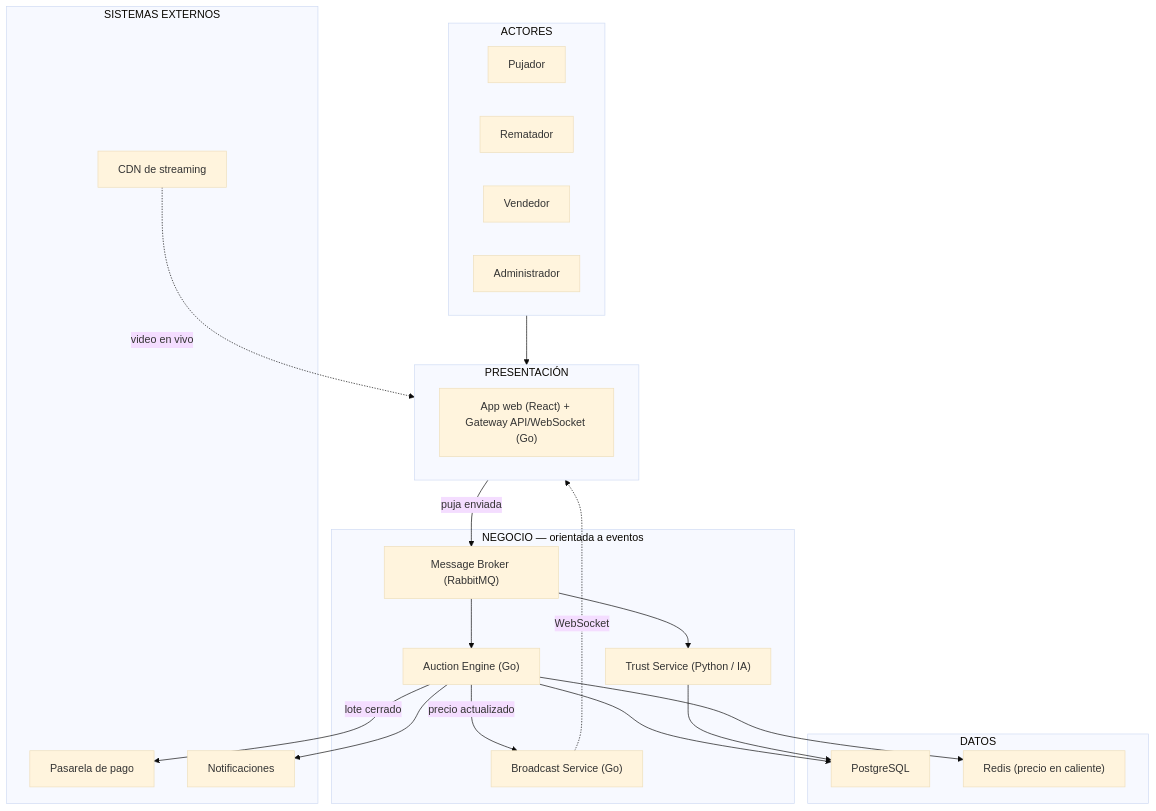
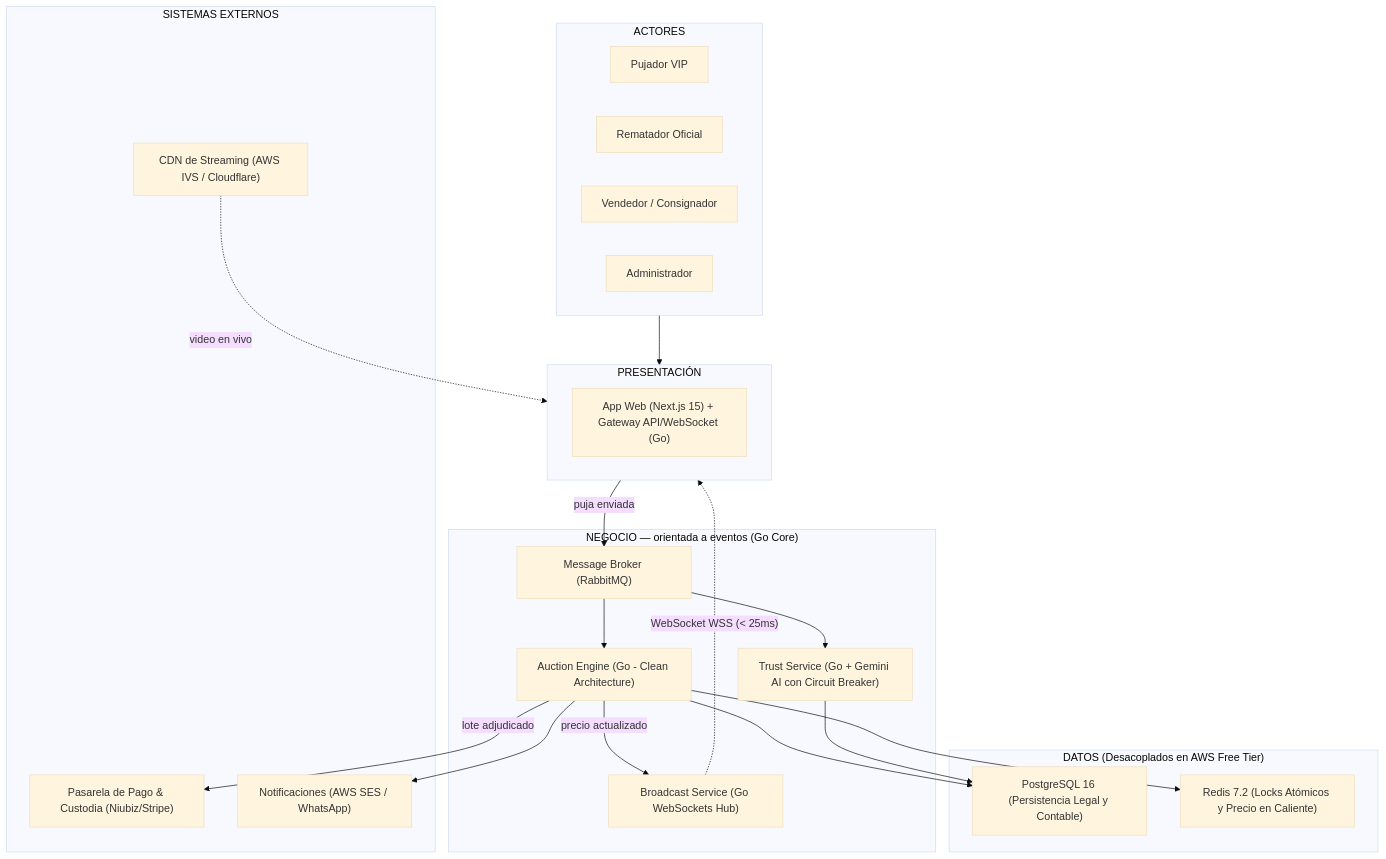
Before and after one commit to fxrl01/PlataformaSubastas-arquitSoft-02-Fernando: the diagram in docs/02-arquitectura-software/arquitectura-inicial.md, drawn with Mermaid (base theme). The commit also changed other lines of this file and 5 other files, not shown here.

Commit message:
docs(arch): actualizar modelo C4, ADRs y diseno interno a Go, Next.js y AWS Free Tier

````diff
--- a/docs/02-arquitectura-software/arquitectura-inicial.md
+++ b/docs/02-arquitectura-software/arquitectura-inicial.md
@@ -18,62 +18,62 @@
 ```mermaid
 flowchart TD
     %% =========================
     %% ACTORES
     %% =========================
     subgraph ACTORES["ACTORES"]
-        Pujador["Pujador"]
-        Rematador["Rematador"]
-        Vendedor["Vendedor"]
+        Pujador["Pujador VIP"]
+        Rematador["Rematador Oficial"]
+        Vendedor["Vendedor / Consignador"]
         Admin["Administrador"]
     end
 
     %% =========================
     %% PRESENTACIÓN
     %% =========================
     subgraph PRESENTACION["PRESENTACIÓN"]
-        Web["App web (React) + Gateway API/WebSocket (Go)"]
+        Web["App Web (Next.js 15) + Gateway API/WebSocket (Go)"]
     end
 
     %% =========================
     %% NEGOCIO (orientada a eventos)
     %% =========================
-    subgraph NEGOCIO["NEGOCIO — orientada a eventos"]
+    subgraph NEGOCIO["NEGOCIO — orientada a eventos (Go Core)"]
         Broker["Message Broker (RabbitMQ)"]
-        AuctionEngine["Auction Engine (Go)"]
-        TrustService["Trust Service (Python / IA)"]
-        Broadcast["Broadcast Service (Go)"]
+        AuctionEngine["Auction Engine (Go - Clean Architecture)"]
+        TrustService["Trust Service (Go + Gemini AI con Circuit Breaker)"]
+        Broadcast["Broadcast Service (Go WebSockets Hub)"]
     end
 
     %% =========================
     %% DATOS
     %% =========================
-    subgraph DATOS["DATOS"]
-        Postgres["PostgreSQL"]
-        Redis["Redis (precio en caliente)"]
+    subgraph DATOS["DATOS (Desacoplados en AWS Free Tier)"]
+        Postgres["PostgreSQL 16 (Persistencia Legal y Contable)"]
+        Redis["Redis 7.2 (Locks Atómicos y Precio en Caliente)"]
     end
 
     %% =========================
     %% SISTEMAS EXTERNOS
     %% =========================
     subgraph EXTERNOS["SISTEMAS EXTERNOS"]
-        Pago["Pasarela de pago"]
-        CDN["CDN de streaming"]
-        Notif["Notificaciones"]
+        Pago["Pasarela de Pago & Custodia (Niubiz/Stripe)"]
+        CDN["CDN de Streaming (AWS IVS / Cloudflare)"]
+        Notif["Notificaciones (AWS SES / WhatsApp)"]
     end
 
     %% =========================
     %% FLUJO PRINCIPAL
     %% =========================
     ACTORES --> PRESENTACION
     PRESENTACION -->|"puja enviada"| Broker
     Broker --> AuctionEngine
     Broker --> TrustService
     AuctionEngine -->|"precio actualizado"| Broadcast
-    Broadcast -.->|"WebSocket"| PRESENTACION
+    Broadcast -.->|"WebSocket WSS (< 25ms)"| PRESENTACION
     AuctionEngine --> Postgres
     AuctionEngine --> Redis
     TrustService --> Postgres
-    AuctionEngine -->|"lote cerrado"| Pago
+    AuctionEngine -->|"lote adjudicado"| Pago
     AuctionEngine --> Notif
     CDN -.->|"video en vivo"| PRESENTACION
 ```
````
